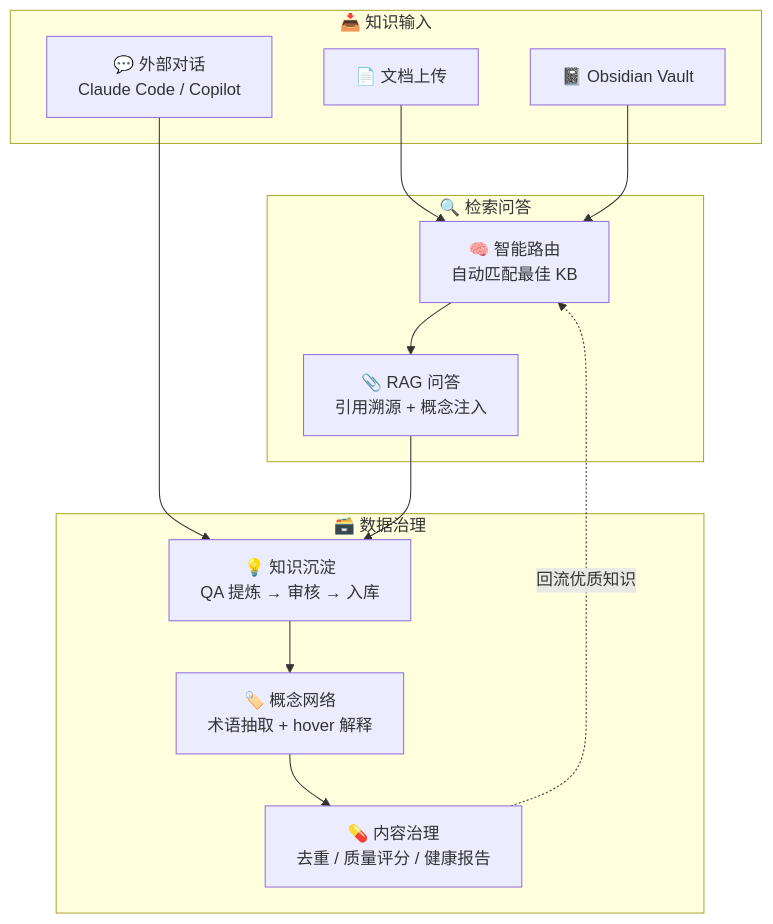
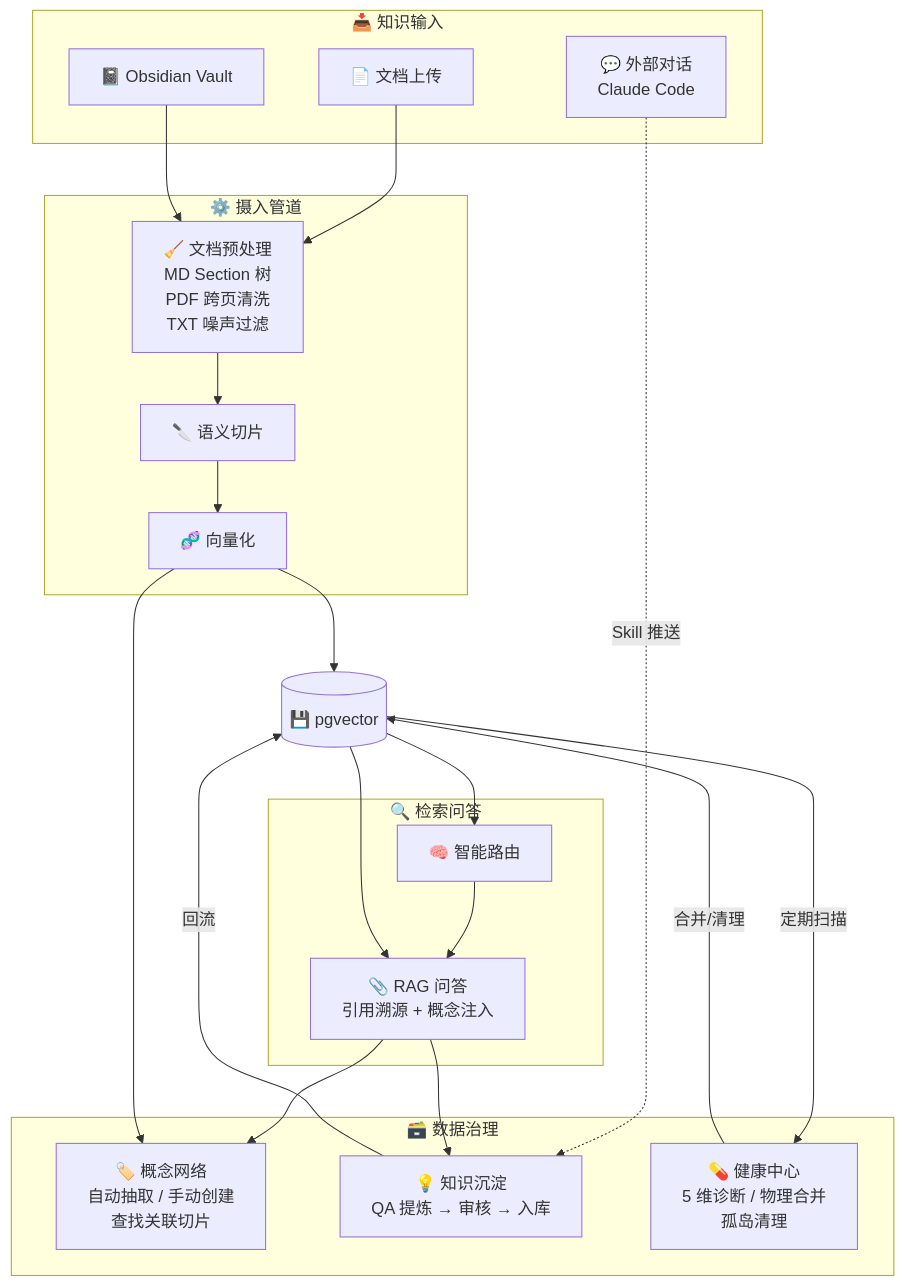
Before and after one commit to sqking-coke/mindvaults: the second of 2 diagrams in README.md, drawn with Mermaid. The commit also changed other lines of this file, not shown here.

Commit message:
docs: 优化 README 流程图 — 增加预处理阶段，更新数据治理架构
- 流程图新增 文档预处理 (MD/PDF/TXT) 独立阶段
- 数据治理架构图拆分为 4 个子图 (输入/管道/检索/治理)
- 概念网络描述更新 (自动抽取/手动创建/查找关联切片)
- 健康中心描述更新 (物理合并/孤岛清理)
- 修复文档链接 (20-文档预处理服务.md)

````diff
--- a/README.md
+++ b/README.md
@@ -126,28 +127,41 @@
 ```mermaid
 flowchart TB
     subgraph 输入["📥 知识输入"]
         A[📄 文档上传]
         B[📓 Obsidian Vault]
-        C[💬 外部对话<br/>Claude Code / Copilot]
+        C[💬 外部对话<br/>Claude Code]
+    end
+
+    subgraph 管道["⚙️ 摄入管道"]
+        P[🧹 文档预处理<br/>MD Section 树<br/>PDF 跨页清洗<br/>TXT 噪声过滤]
+        S[🔪 语义切片]
+        E[🧬 向量化]
     end
 
     subgraph 检索["🔍 检索问答"]
-        D[🧠 智能路由<br/>自动匹配最佳 KB]
-        E[📎 RAG 问答<br/>引用溯源 + 概念注入]
+        R[🧠 智能路由]
+        Q[📎 RAG 问答<br/>引用溯源 + 概念注入]
     end
 
     subgraph 治理["🗃️ 数据治理"]
+        K[🏷️ 概念网络<br/>自动抽取 / 手动创建<br/>查找关联切片]
         F[💡 知识沉淀<br/>QA 提炼 → 审核 → 入库]
-        G[🏷️ 概念网络<br/>术语抽取 + hover 解释]
-        H[💊 内容治理<br/>去重 / 质量评分 / 健康报告]
+        H[💊 健康中心<br/>5 维诊断 / 物理合并<br/>孤岛清理]
     end
 
-    A --> D
-    B --> D
-    C --> F
-    D --> E
-    E --> F
-    F --> G
-    G --> H
-    H -.->|"回流优质知识"| D
+    A --> P
+    B --> P
+    P --> S --> E --> D[(💾 pgvector)]
+
+    C -.->|Skill 推送| F
+    R --> Q
+    D --> R
+    D --> Q
+    Q --> F
+    Q --> K
+    E --> K
+
+    D -->|定期扫描| H
+    H -->|合并/清理| D
+    F -->|回流| D
 ```
````
